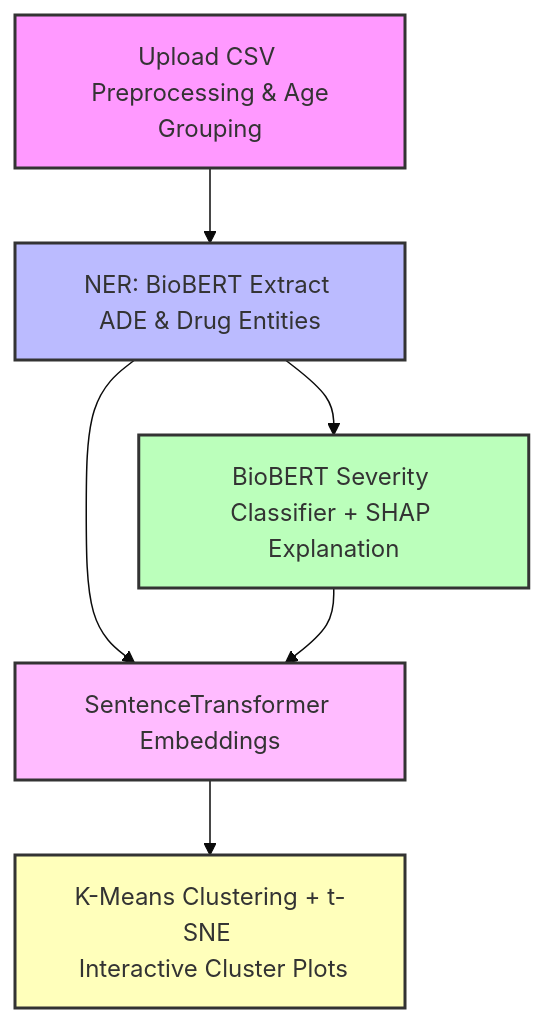
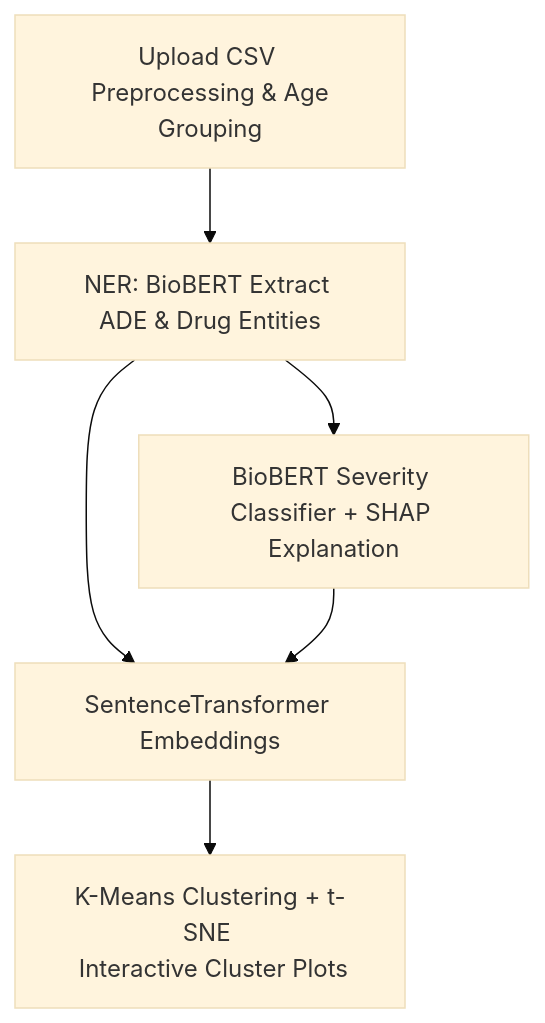
Before and after one commit to Sugiuma/ADEGuard: the fourth of 4 diagrams in README.md, drawn with Mermaid (base theme).

````diff
--- a/README.md
+++ b/README.md
@@ -224,22 +224,15 @@
 ```mermaid
 flowchart TD
     A[Upload CSV <br> Preprocessing & Age Grouping]
 
     A --> C[NER: BioBERT Extract ADE & Drug Entities]
 
     C --> D[BioBERT Severity Classifier + SHAP Explanation]
 
     C --> E[SentenceTransformer Embeddings]
     D --> E
 
     E --> F[K-Means Clustering + t-SNE <br> Interactive Cluster Plots]
    
-
-    style A fill:#f9f,stroke:#333,stroke-width:2px
- 
-    style C fill:#bbf,stroke:#333,stroke-width:2px
-    style D fill:#bfb,stroke:#333,stroke-width:2px
-    style E fill:#fbf,stroke:#333,stroke-width:2px
-    style F fill:#ffb,stroke:#333,stroke-width:2px
-    
+   
 ```
````
